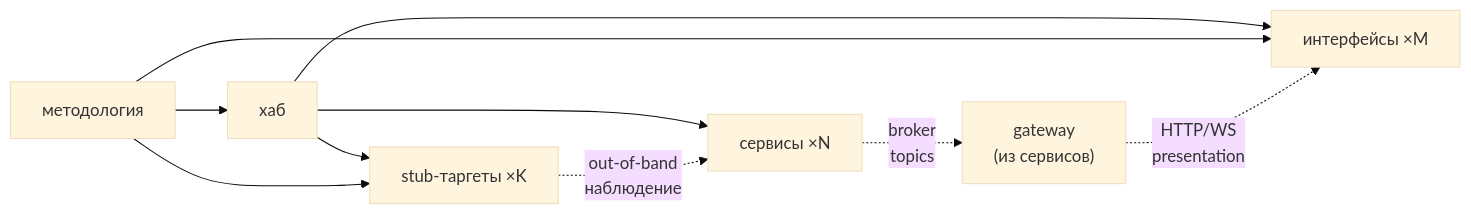
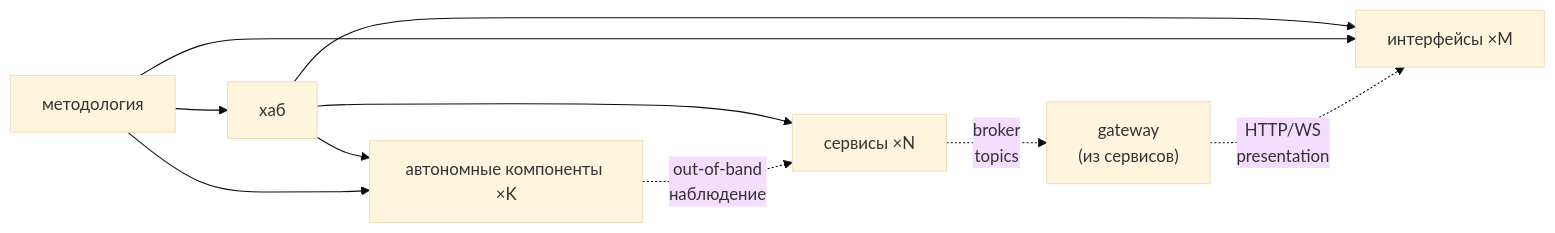
Before and after one commit to TheCipherKeeper/ai-project-template: the diagram in docs/refs/TOPOLOGY.md, drawn with Mermaid (base theme). The commit also changed other lines of this file and 15 other files, not shown here.

````diff
--- a/docs/refs/TOPOLOGY.md
+++ b/docs/refs/TOPOLOGY.md
@@ -67,12 +67,12 @@
 ```mermaid
 graph LR
   M["методология"] --> H["хаб"]
   H --> S["сервисы ×N"]
   H --> I["интерфейсы ×M"]
-  H --> T["stub-таргеты ×K"]
+  H --> T["автономные компоненты ×K"]
   M --> I
   M --> T
   S -. "broker<br/>topics" .-> G["gateway<br/>(из сервисов)"]
   G -. "HTTP/WS<br/>presentation" .-> I
   T -. "out-of-band<br/>наблюдение" .-> S
 ```
````
